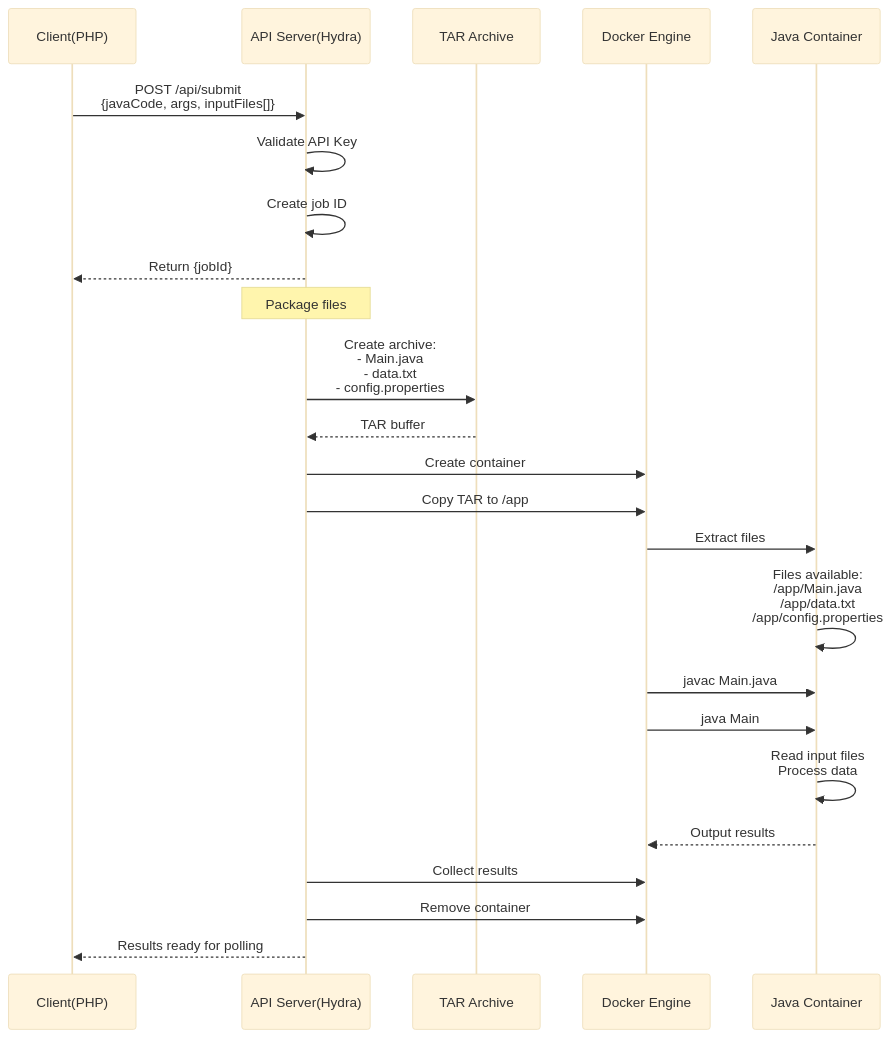
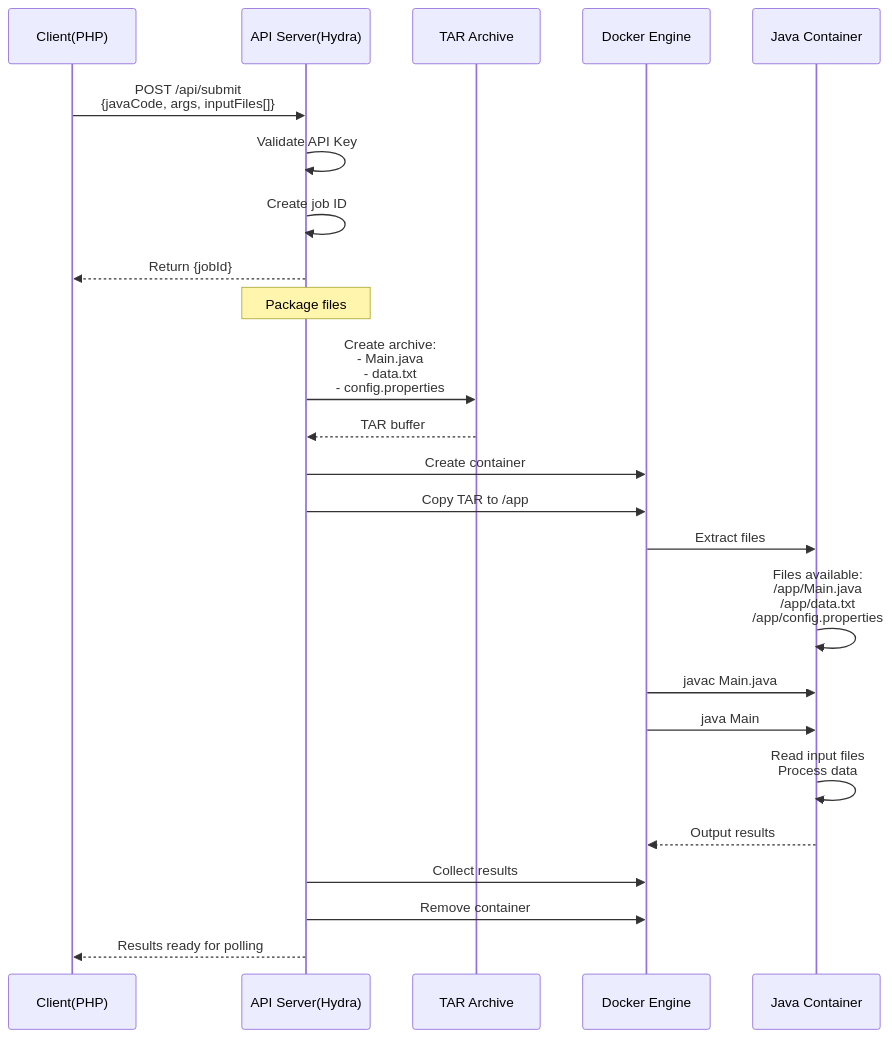
One commit to lettucegoblin/docker-java-executor changed the diagram in README.md. Above: the diagram before and after it, drawn with Mermaid.

Commit message:
Update sequence diagram in README.md to fix dark mode
Removed configuration section from the sequence diagram.

````diff
--- a/README.md
+++ b/README.md
@@ -374,31 +374,28 @@
 ```mermaid
----
-config:
-  theme: base
----
+
 sequenceDiagram
     participant Client as Client(PHP)
     participant API as API Server(Hydra)
     participant TAR as TAR Archive
     participant Docker as Docker Engine
     participant Container as Java Container
     Client->>API: POST /api/submit<br/>{javaCode, args, inputFiles[]}
     API->>API: Validate API Key
     API->>API: Create job ID
     API-->>Client: Return {jobId}
     Note over API: Package files
     API->>TAR: Create archive:<br/>- Main.java<br/>- data.txt<br/>- config.properties
     TAR-->>API: TAR buffer
     API->>Docker: Create container
     API->>Docker: Copy TAR to /app
     Docker->>Container: Extract files
     Container->>Container: Files available:<br/>/app/Main.java<br/>/app/data.txt<br/>/app/config.properties
     Docker->>Container: javac Main.java
     Docker->>Container: java Main
     Container->>Container: Read input files<br/>Process data
     Container-->>Docker: Output results
     API->>Docker: Collect results
     API->>Docker: Remove container
     API-->>Client: Results ready for polling
 
 ```
````
